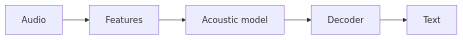
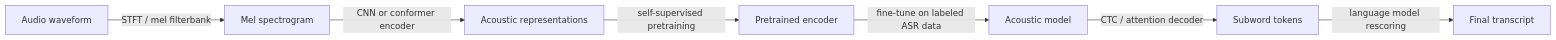
The diagram in docs/speech-recognition/index.md (EmersonBraun/ai-summary-hub), drawn with Mermaid before and after one commit. The commit also changed other lines of this file and 77 other files, not shown here.

````diff
--- a/docs/speech-recognition/index.md
+++ b/docs/speech-recognition/index.md
@@ -19,7 +27,9 @@
 ```mermaid
 flowchart LR
-  Audio[Audio] --> Features[Features]
-  Features --> AcousticModel[Acoustic model]
-  AcousticModel --> Decoder[Decoder]
-  Decoder --> Text[Text]
+  Waveform[Audio waveform] -->|STFT / mel filterbank| Spectrogram[Mel spectrogram]
+  Spectrogram -->|CNN or conformer encoder| AcousticRep[Acoustic representations]
+  AcousticRep -->|self-supervised pretraining| Pretrained[Pretrained encoder]
+  Pretrained -->|fine-tune on labeled ASR data| AcousticModel[Acoustic model]
+  AcousticModel -->|CTC / attention decoder| Tokens[Subword tokens]
+  Tokens -->|language model rescoring| Text[Final transcript]
 ```
````
